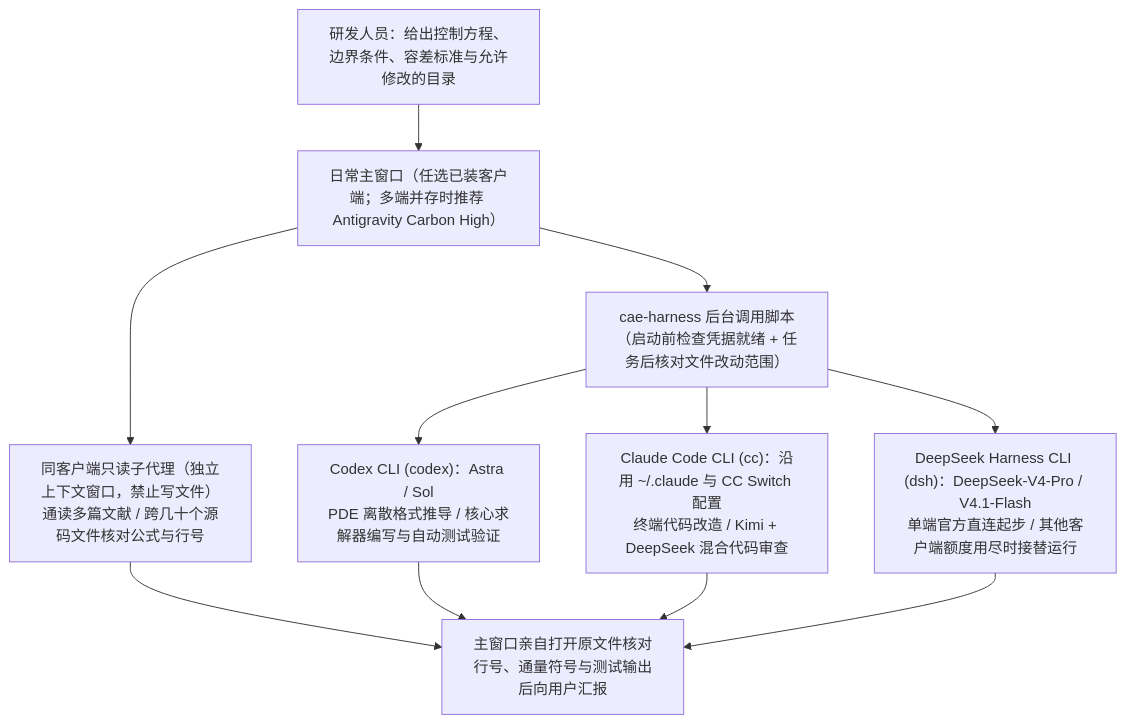
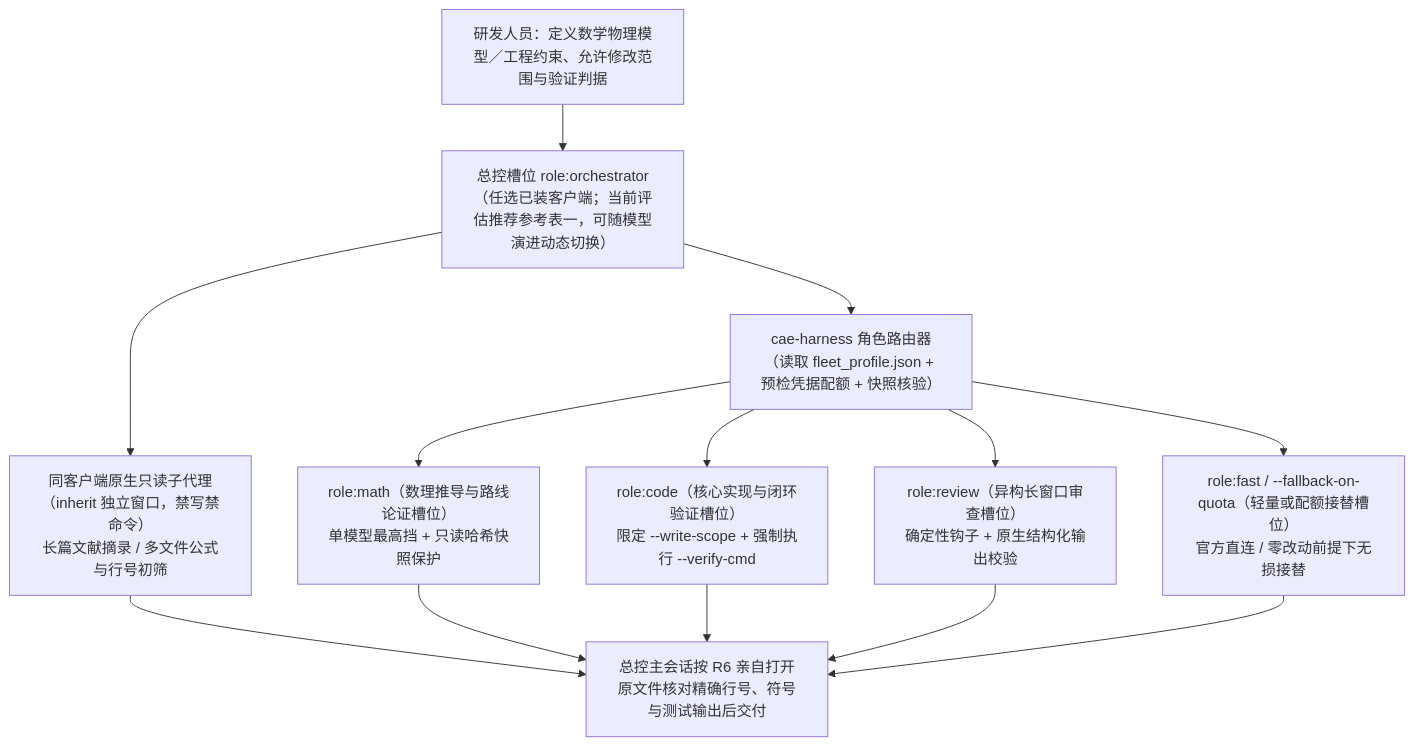
Before and after one commit to Xinyu-Li-1997/Antigravity_Codex_ClaudeCode_DeepSeekHarness: the diagram in README.md, drawn with Mermaid. The commit also changed other lines of this file and 17 other files, not shown here.

````diff
--- a/README.md
+++ b/README.md
@@ -87,13 +104,15 @@
 ```mermaid
 flowchart TB
-    U["研发人员：给出控制方程、边界条件、容差标准与允许修改的目录"] --> M["日常主窗口（任选已装客户端；多端并存时推荐 Antigravity Carbon High）"]
-    M --> N["同客户端只读子代理（独立上下文窗口，禁止写文件）<br/>通读多篇文献 / 跨几十个源码文件核对公式与行号"]
-    M --> H["cae-harness 后台调用脚本（启动前检查凭据就绪 + 任务后核对文件改动范围）"]
-    H --> C["Codex CLI (codex)：Astra / Sol<br/>PDE 离散格式推导 / 核心求解器编写与自动测试验证"]
-    H --> CC["Claude Code CLI (cc)：沿用 ~/.claude 与 CC Switch 配置<br/>终端代码改造 / Kimi + DeepSeek 混合代码审查"]
-    H --> D["DeepSeek Harness CLI (dsh)：DeepSeek-V4-Pro / V4.1-Flash<br/>单端官方直连起步 / 其他客户端额度用尽时接替运行"]
-    N --> R["主窗口亲自打开原文件核对行号、通量符号与测试输出后向用户汇报"]
-    C --> R
-    CC --> R
-    D --> R
+    U["研发人员：定义数学物理模型／工程约束、允许修改范围与验证判据"] --> O["总控槽位 role:orchestrator<br/>（任选已装客户端；当前评估推荐参考表一，可随模型演进动态切换）"]
+    O --> N["同客户端原生只读子代理（inherit 独立窗口，禁写禁命令）<br/>长篇文献摘录 / 多文件公式与行号初筛"]
+    O --> H["cae-harness 角色路由器（读取 fleet_profile.json + 预检凭据配额 + 快照核验）"]
+    H --> M1["role:math（数理推导与路线论证槽位）<br/>单模型最高挡 + 只读哈希快照保护"]
+    H --> M2["role:code（核心实现与闭环验证槽位）<br/>限定 --write-scope + 强制执行 --verify-cmd"]
+    H --> M3["role:review（异构长窗口审查槽位）<br/>确定性钩子 + 原生结构化输出校验"]
+    H --> M4["role:fast / --fallback-on-quota（轻量或配额接替槽位）<br/>官方直连 / 零改动前提下无损接替"]
+    N --> V["总控主会话按 R6 亲自打开原文件核对精确行号、符号与测试输出后交付"]
+    M1 --> V
+    M2 --> V
+    M3 --> V
+    M4 --> V
 ```
````
